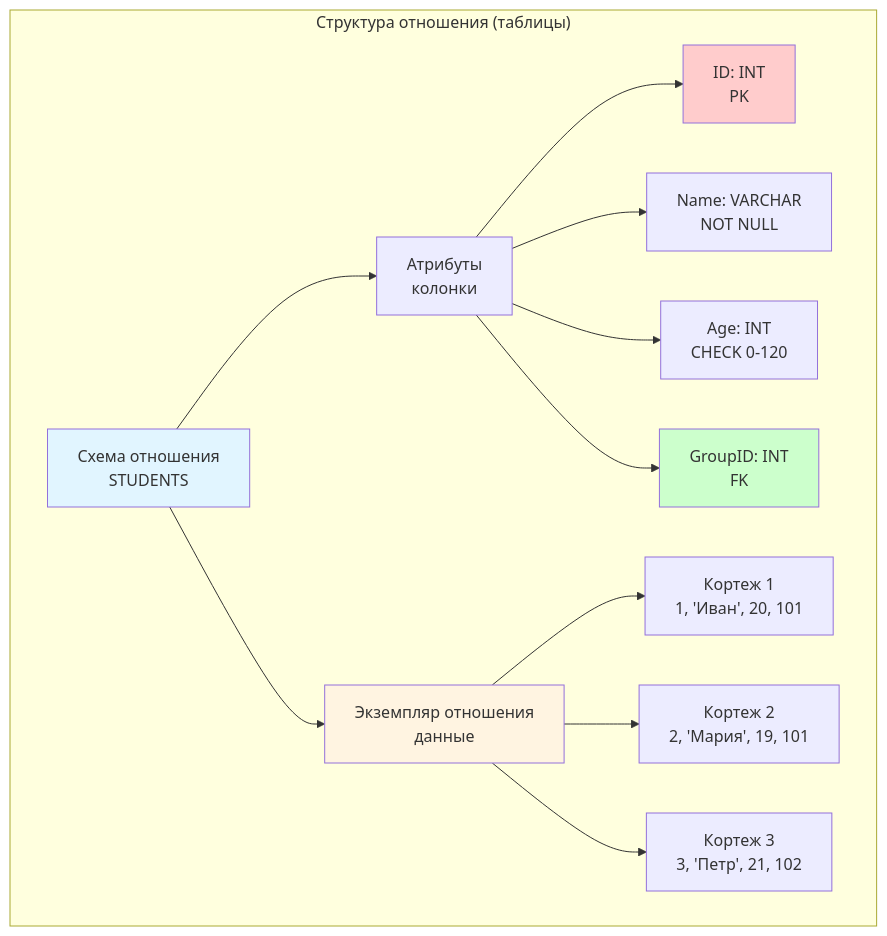
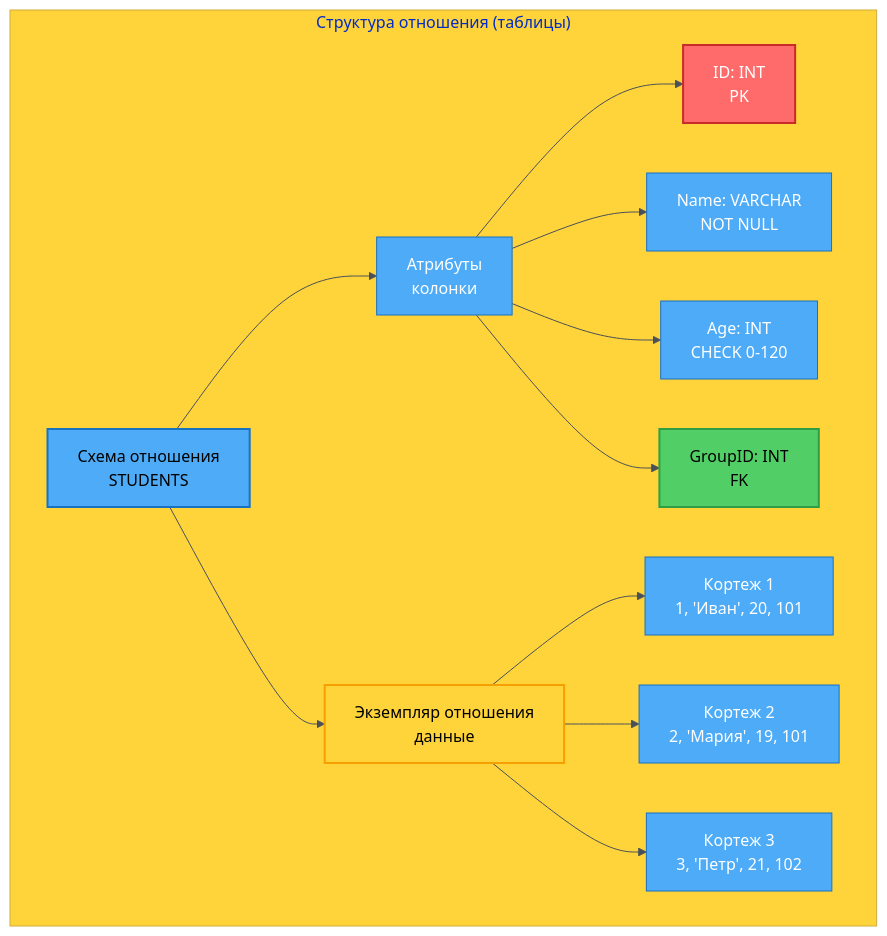
One commit to alx314vo/db_exam changed the third of 23 diagrams in db_exam.md. Above: the diagram before and after it, drawn with Mermaid. The commit also changed other lines of this file, not shown here.

Commit message:
added diagrams

````diff
--- a/db_exam.md
+++ b/db_exam.md
@@ -133,20 +182,21 @@
 ```mermaid
+%%{init: {'theme':'base', 'themeVariables': {'primaryColor':'#4dabf7','primaryTextColor':'#fff','primaryBorderColor':'#1971c2','lineColor':'#495057','secondaryColor':'#51cf66','tertiaryColor':'#ffd43b'}}}%%
 graph TB
     subgraph "Структура отношения (таблицы)"
         A[Схема отношения<br/>STUDENTS] --> B[Атрибуты<br/>колонки]
         B --> C[ID: INT<br/>PK]
         B --> D[Name: VARCHAR<br/>NOT NULL]
         B --> E[Age: INT<br/>CHECK 0-120]
         B --> F[GroupID: INT<br/>FK]
         
         A --> G[Экземпляр отношения<br/>данные]
         G --> H[Кортеж 1<br/>1, 'Иван', 20, 101]
         G --> I[Кортеж 2<br/>2, 'Мария', 19, 101]
         G --> J[Кортеж 3<br/>3, 'Петр', 21, 102]
     end
     
-    style A fill:#e1f5ff
-    style G fill:#fff4e1
-    style C fill:#ffcccc
-    style F fill:#ccffcc
+    style A fill:#4dabf7,stroke:#1971c2,stroke-width:2px,color:#000
+    style G fill:#ffd43b,stroke:#f59f00,stroke-width:2px,color:#000
+    style C fill:#ff6b6b,stroke:#c92a2a,stroke-width:2px,color:#fff
+    style F fill:#51cf66,stroke:#2f9e44,stroke-width:2px,color:#000
 ```
````
